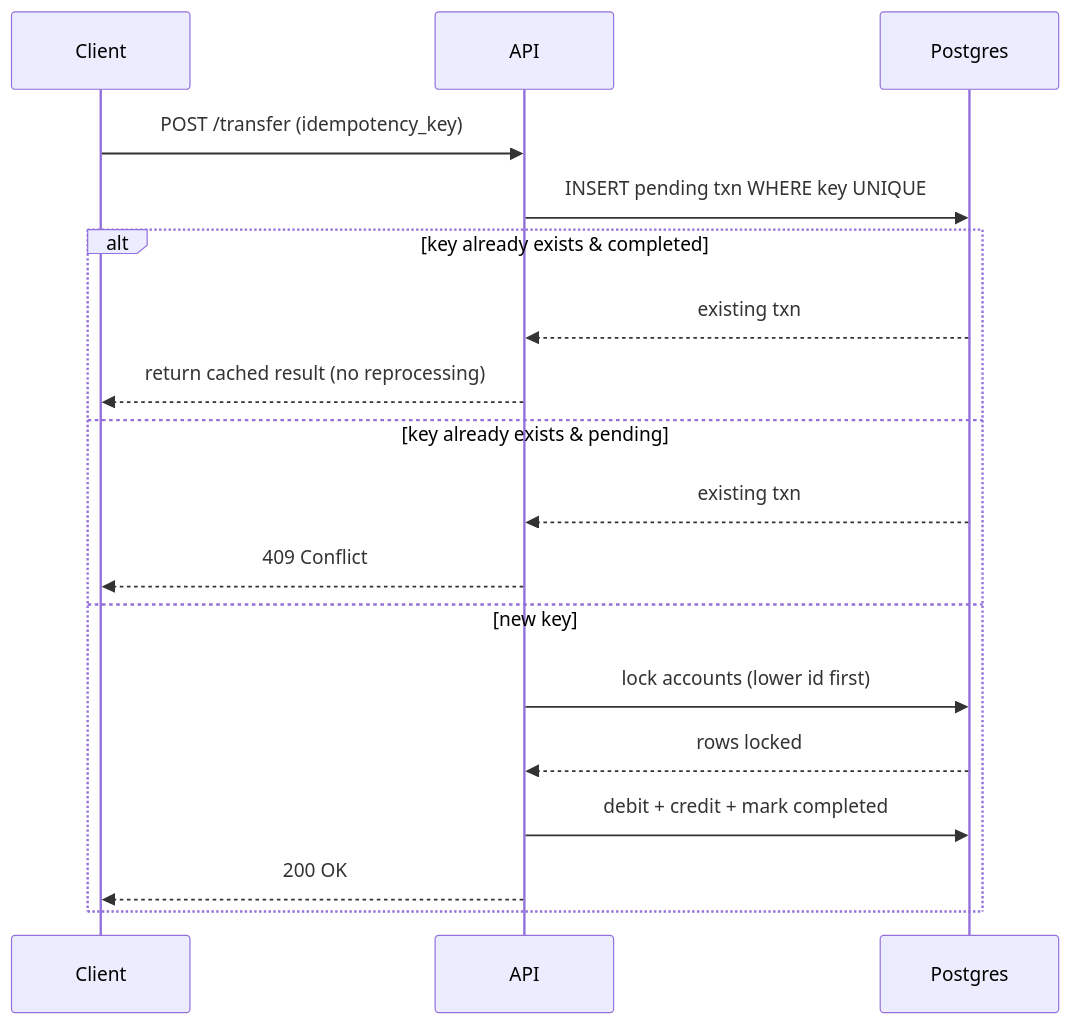
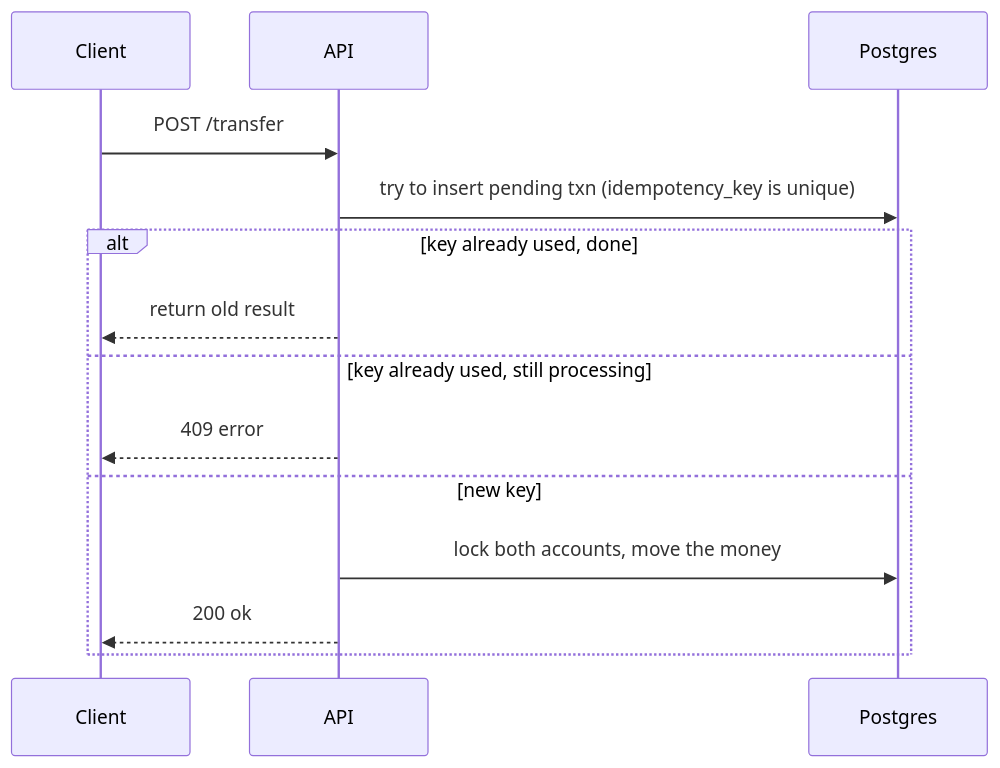
One commit to richa2835/Splitledger changed the second of 2 diagrams in README.md. Above: the diagram before and after it, drawn with Mermaid. The commit also changed other lines of this file, not shown here.

````diff
--- a/README.md
+++ b/README.md
@@ -56,21 +97,17 @@
 ```mermaid
 sequenceDiagram
     participant C as Client
     participant A as API
     participant DB as Postgres
 
-    C->>A: POST /transfer (idempotency_key)
-    A->>DB: INSERT pending txn WHERE key UNIQUE
-    alt key already exists & completed
-        DB-->>A: existing txn
-        A-->>C: return cached result (no reprocessing)
-    else key already exists & pending
-        DB-->>A: existing txn
-        A-->>C: 409 Conflict
+    C->>A: POST /transfer
+    A->>DB: try to insert pending txn (idempotency_key is unique)
+    alt key already used, done
+        A-->>C: return old result
+    else key already used, still processing
+        A-->>C: 409 error
     else new key
-        A->>DB: lock accounts (lower id first)
-        DB-->>A: rows locked
-        A->>DB: debit + credit + mark completed
-        A-->>C: 200 OK
+        A->>DB: lock both accounts, move the money
+        A-->>C: 200 ok
     end
 ```
````
